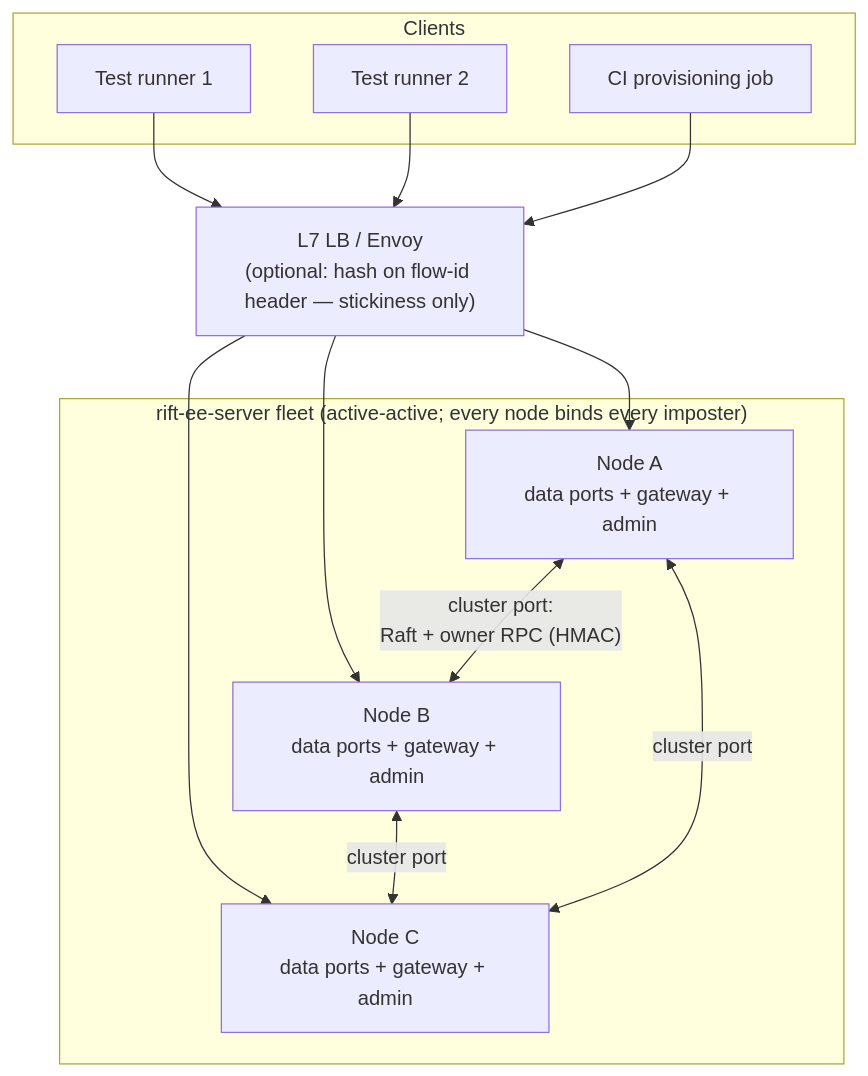
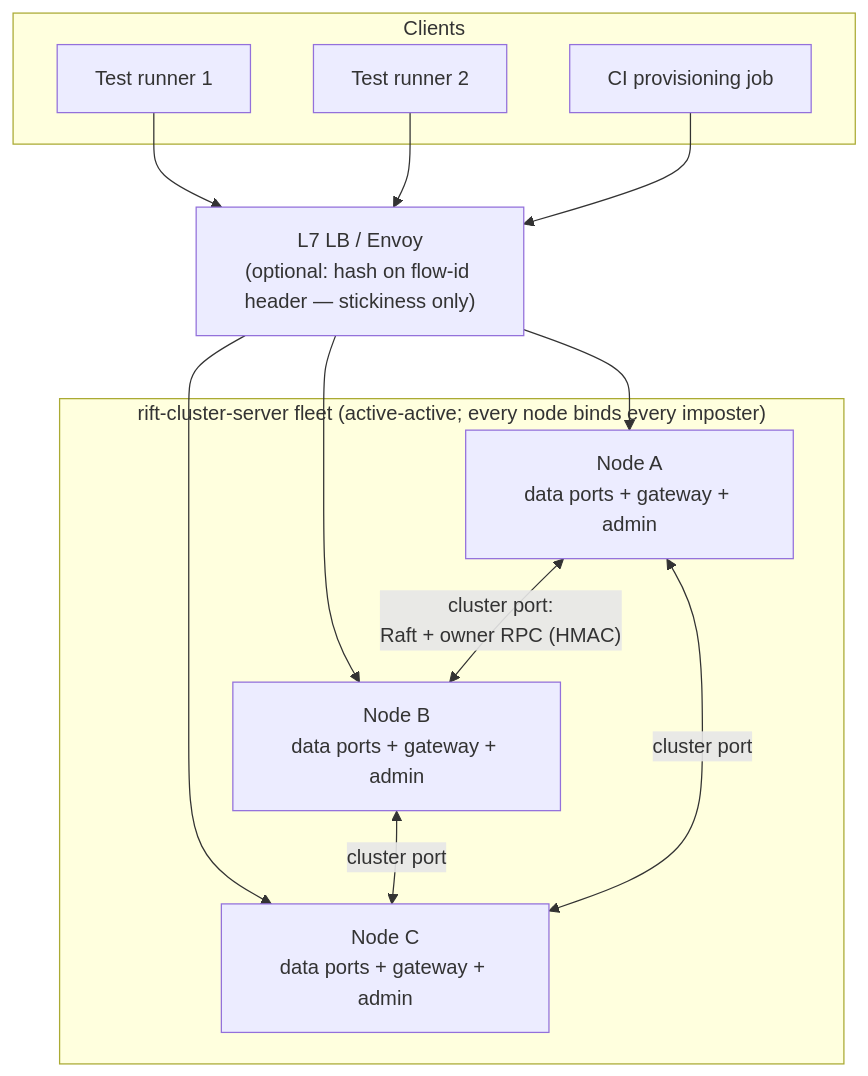
The diagram in docs/architecture/02-topology.md (achird-labs/rift-cluster), drawn with Mermaid before and after one commit. The commit also changed 123 other files, not shown here.

First line of the commit message:
chore: rename rift-enterprise to rift-cluster (#193)

````diff
--- a/docs/architecture/02-topology.md
+++ b/docs/architecture/02-topology.md
@@ -55,28 +55,28 @@
 ```mermaid
 flowchart TB
     subgraph Clients
         T1[Test runner 1]
         T2[Test runner 2]
         CI[CI provisioning job]
     end
 
     LB["L7 LB / Envoy<br/>(optional: hash on flow-id header — stickiness only)"]
 
     T1 --> LB
     T2 --> LB
     CI --> LB
 
-    subgraph Fleet["rift-ee-server fleet (active-active; every node binds every imposter)"]
+    subgraph Fleet["rift-cluster-server fleet (active-active; every node binds every imposter)"]
         A["Node A<br/>data ports + gateway + admin"]
         B["Node B<br/>data ports + gateway + admin"]
         C["Node C<br/>data ports + gateway + admin"]
     end
 
     LB --> A
     LB --> B
     LB --> C
 
     A <-- "cluster port:<br/>Raft + owner RPC (HMAC)" --> B
     B <-- "cluster port" --> C
     A <-- "cluster port" --> C
 ```
````
